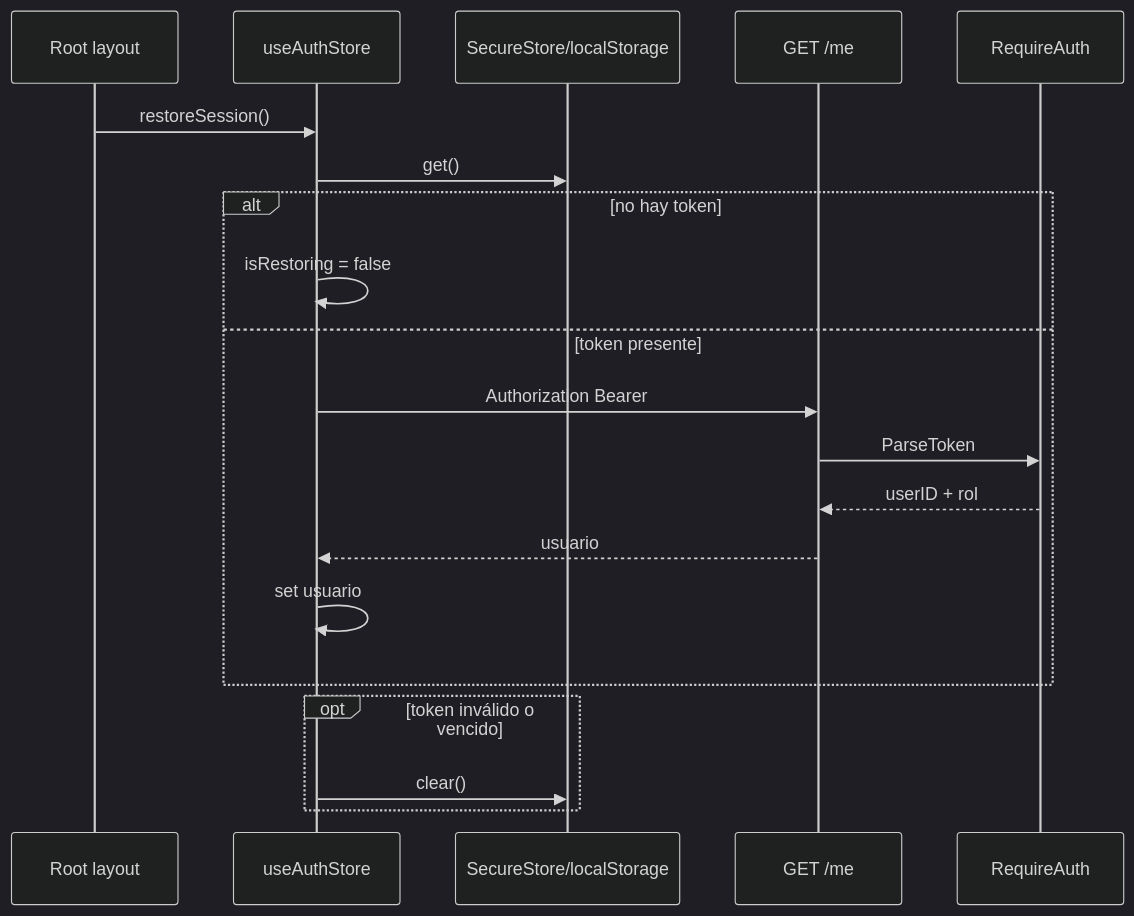
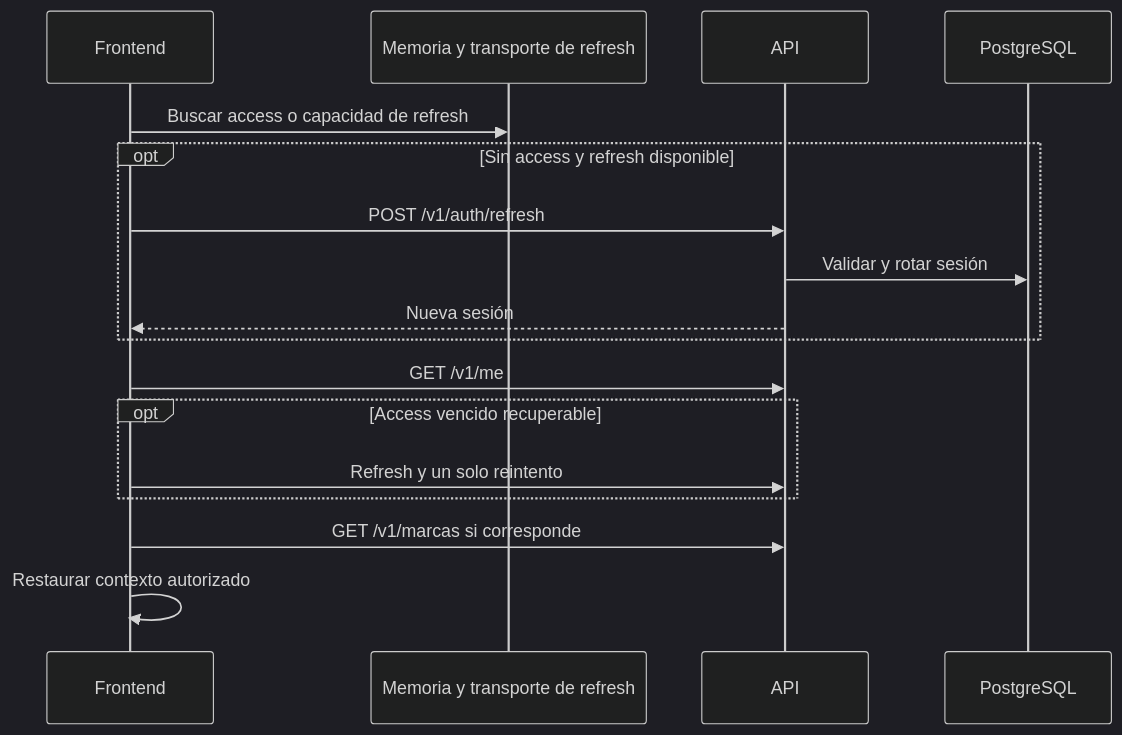
One commit to gagonzalez1/puntazo-docs changed the diagram in docs/sequences/04-restore.md. Above: the diagram before and after it, drawn with Mermaid (dark theme). The commit also changed other lines of this file and 42 other files, not shown here.

Commit message:
docs: reconcile current Puntazo architecture and deployed environments

````diff
--- a/docs/sequences/04-restore.md
+++ b/docs/sequences/04-restore.md
@@ -16,22 +17,19 @@
 ```mermaid
 sequenceDiagram
-    participant ROOT as Root layout
-    participant STORE as useAuthStore
-    participant TOKEN as SecureStore/localStorage
-    participant API as GET /me
-    participant AUTH as RequireAuth
-    ROOT->>STORE: restoreSession()
-    STORE->>TOKEN: get()
-    alt no hay token
-      STORE->>STORE: isRestoring = false
-    else token presente
-      STORE->>API: Authorization Bearer
-      API->>AUTH: ParseToken
-      AUTH-->>API: userID + rol
-      API-->>STORE: usuario
-      STORE->>STORE: set usuario
-    end
-    opt token inválido o vencido
-      STORE->>TOKEN: clear()
-    end
+ participant F as Frontend
+ participant T as Memoria y transporte de refresh
+ participant A as API
+ participant P as PostgreSQL
+ F->>T: Buscar access o capacidad de refresh
+ opt Sin access y refresh disponible
+ F->>A: POST /v1/auth/refresh
+ A->>P: Validar y rotar sesión
+ A-->>F: Nueva sesión
+ end
+ F->>A: GET /v1/me
+ opt Access vencido recuperable
+ F->>A: Refresh y un solo reintento
+ end
+ F->>A: GET /v1/marcas si corresponde
+ F->>F: Restaurar contexto autorizado
 ```
````
